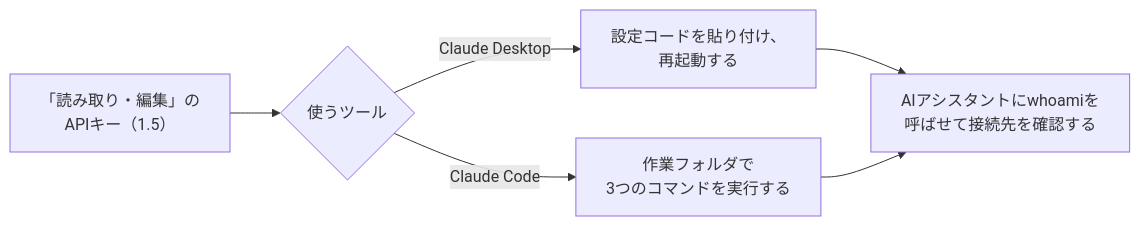
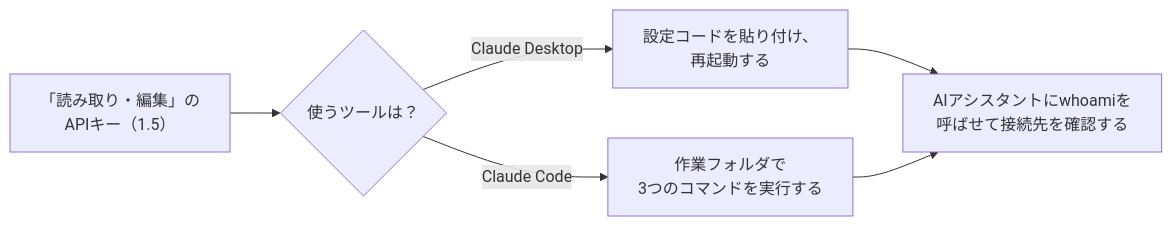
One commit to framgia/momorph-support changed the third of 7 diagrams in docs/v2-user-guide.ja.md. Above: the diagram before and after it, drawn with Mermaid. The commit also changed other lines of this file and 14 other files, not shown here.

````diff
--- a/docs/v2-user-guide.ja.md
+++ b/docs/v2-user-guide.ja.md
@@ -101,8 +103,8 @@
 ```mermaid
 flowchart LR
-  K["「読み取り・編集」の<br>APIキー（1.5）"] --> Q{"使うツール"}
+  K["「読み取り・編集」の<br>APIキー（1.5）"] --> Q{"使うツールは？"}
   Q -- "Claude Desktop" --> D["設定コードを貼り付け、<br>再起動する"]
   Q -- "Claude Code" --> C["作業フォルダで<br>3つのコマンドを実行する"]
   D --> W["AIアシスタントにwhoamiを<br>呼ばせて接続先を確認する"]
   C --> W
 ```
````
